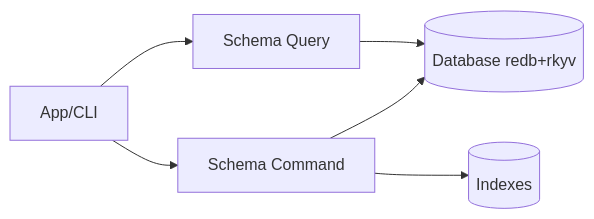
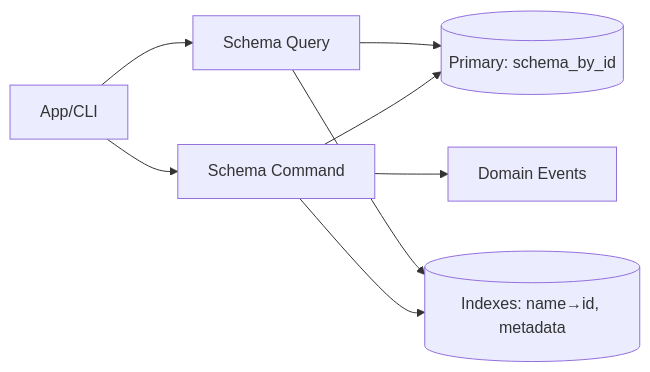
The first of 4 diagrams in docs/design/009-schema-cqrs.md (JackMatanky/lithos), drawn with Mermaid before and after one commit. The commit also changed other lines of this file and 3 other files, not shown here.

First line of the commit message:
docs(schema): update design specs with incremental resolution and newtypes

````diff
--- a/docs/design/009-schema-cqrs.md
+++ b/docs/design/009-schema-cqrs.md
@@ -170,8 +229,10 @@
 ```mermaid
 flowchart LR
   Caller[App/CLI] --> Cmd[Schema Command]
   Caller --> Qry[Schema Query]
-  Cmd --> DB[(Database redb+rkyv)]
+  Cmd --> DB[(Primary: schema_by_id)]
+  Cmd --> Idx[(Indexes: name→id, metadata)]
   Qry --> DB
-  Cmd --> Idx[(Indexes)]
+  Qry --> Idx
+  Cmd --> Events[Domain Events]
 ```
````
